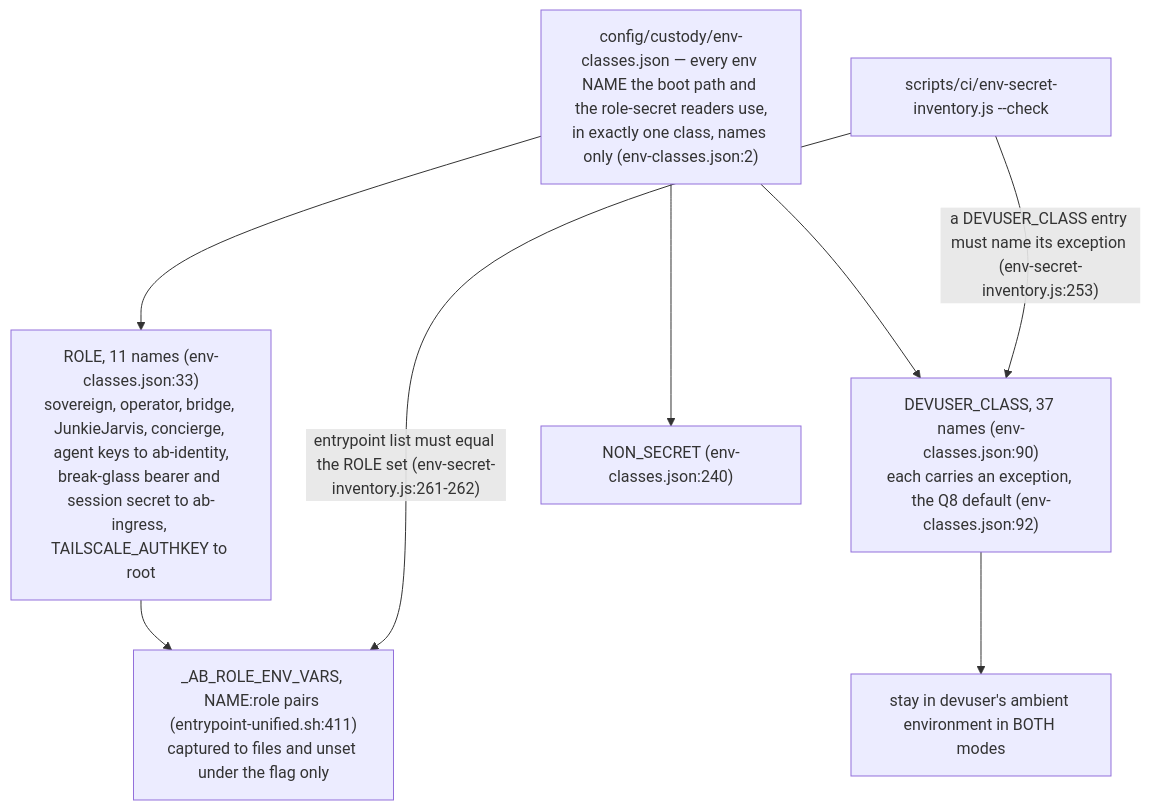
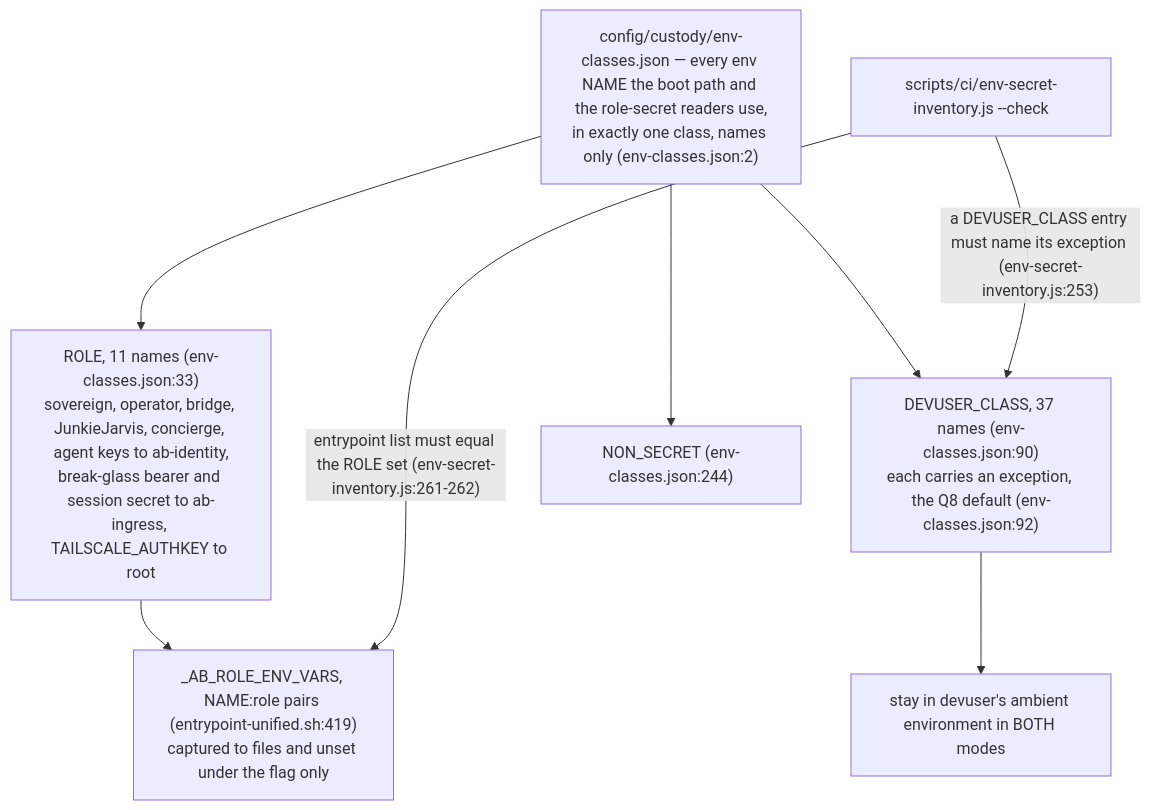
One commit to DreamLab-AI/VisionFlow changed the sixth of 7 diagrams in docs/diagrams/agentbox/36-role-isolation-and-identity-port.md. Above: the diagram before and after it, drawn with Mermaid. The commit also changed other lines of this file and 160 other files, not shown here.

````diff
--- a/docs/diagrams/agentbox/36-role-isolation-and-identity-port.md
+++ b/docs/diagrams/agentbox/36-role-isolation-and-identity-port.md
@@ -211,12 +215,12 @@
 ```mermaid
 flowchart TB
     TAB["config/custody/env-classes.json — every env NAME the boot path and the role-secret readers use,<br/>in exactly one class, names only (env-classes.json:2)"]
     TAB --> ROLE["ROLE, 11 names (env-classes.json:33)<br/>sovereign, operator, bridge, JunkieJarvis, concierge, agent keys to ab-identity,<br/>break-glass bearer and session secret to ab-ingress, TAILSCALE_AUTHKEY to root"]
     TAB --> DC["DEVUSER_CLASS, 37 names (env-classes.json:90)<br/>each carries an exception, the Q8 default (env-classes.json:92)"]
-    TAB --> NS["NON_SECRET (env-classes.json:240)"]
-    ROLE --> EP["_AB_ROLE_ENV_VARS, NAME:role pairs (entrypoint-unified.sh:411)<br/>captured to files and unset under the flag only"]
+    TAB --> NS["NON_SECRET (env-classes.json:244)"]
+    ROLE --> EP["_AB_ROLE_ENV_VARS, NAME:role pairs (entrypoint-unified.sh:419)<br/>captured to files and unset under the flag only"]
     DC --> STAY["stay in devuser's ambient environment in BOTH modes"]
     CI["scripts/ci/env-secret-inventory.js --check"]
     CI -->|"entrypoint list must equal the ROLE set (env-secret-inventory.js:261-262)"| EP
     CI -->|"a DEVUSER_CLASS entry must name its exception (env-secret-inventory.js:253)"| DC
 ```
````
